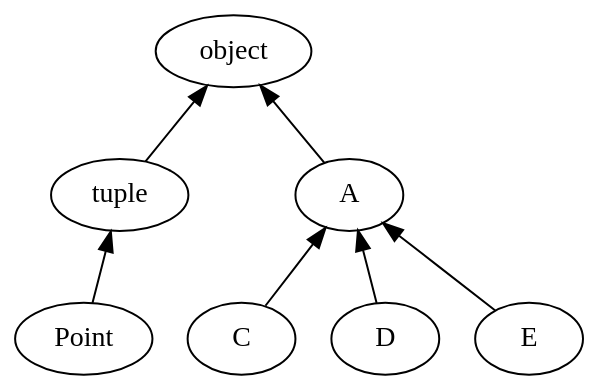
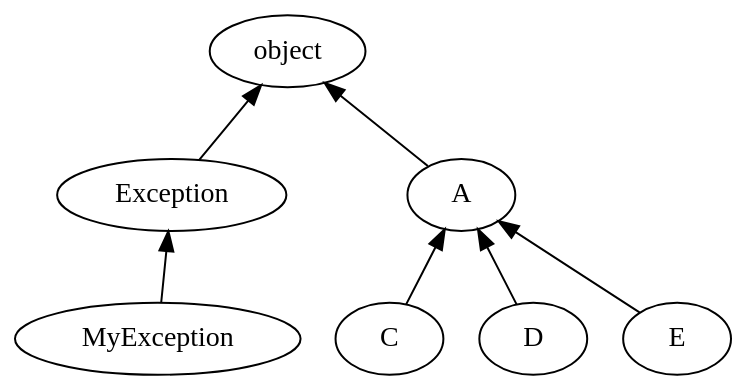
One commit to max7patek/metaprogramming changed the diagram in misc/graphs/inheritance1.dot. Above: the diagram before and after it, drawn with Graphviz. The commit also changed 2 other files, not shown here.

Commit message:
Changed tuple to Exception

```diff
--- a/misc/graphs/inheritance1.dot
+++ b/misc/graphs/inheritance1.dot
@@ -1,12 +1,12 @@
 digraph g {
   rankdir=BT
   bgcolor="transparent"
 
   A -> object;
-  tuple -> object;
+  Exception -> object;
   C -> A;
   D -> A;
   E -> A;
-  Point -> tuple;
+  MyException -> Exception;
 
 }
```
